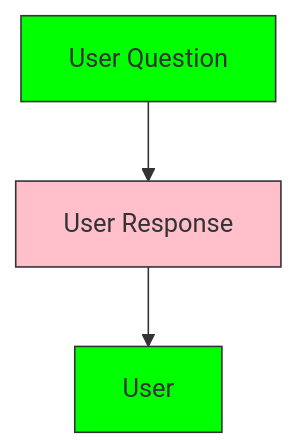
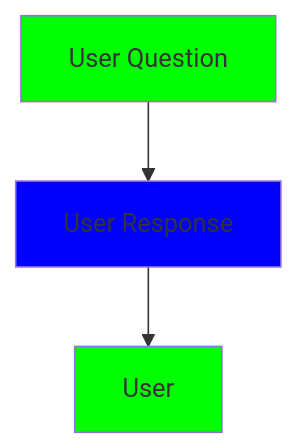
The second of 2 diagrams in blogs/part1.md (ollienation/Blog), drawn with Mermaid before and after one commit. The commit also changed other lines of this file and 10 other files, not shown here.

````diff
--- a/blogs/part1.md
+++ b/blogs/part1.md
@@ -379,11 +379,11 @@
 ```mermaid
 
 flowchart TD
     A[User Question] --> B[User Response]
     B --> C[User]
 
     %% Node Styling
-    style A fill:#00FF00,stroke:#333,stroke-width:2px; %% Green
-     style B fill:#FFC0CB,stroke:#333,stroke-width:2px; %% Blue
-    style C fill:#00FF00,stroke:#333,stroke-width:2px; %% Green
+    style A fill:#00FF00
+    style B fill:#0000FF
+    style C fill:#00FF00
 ```
````
